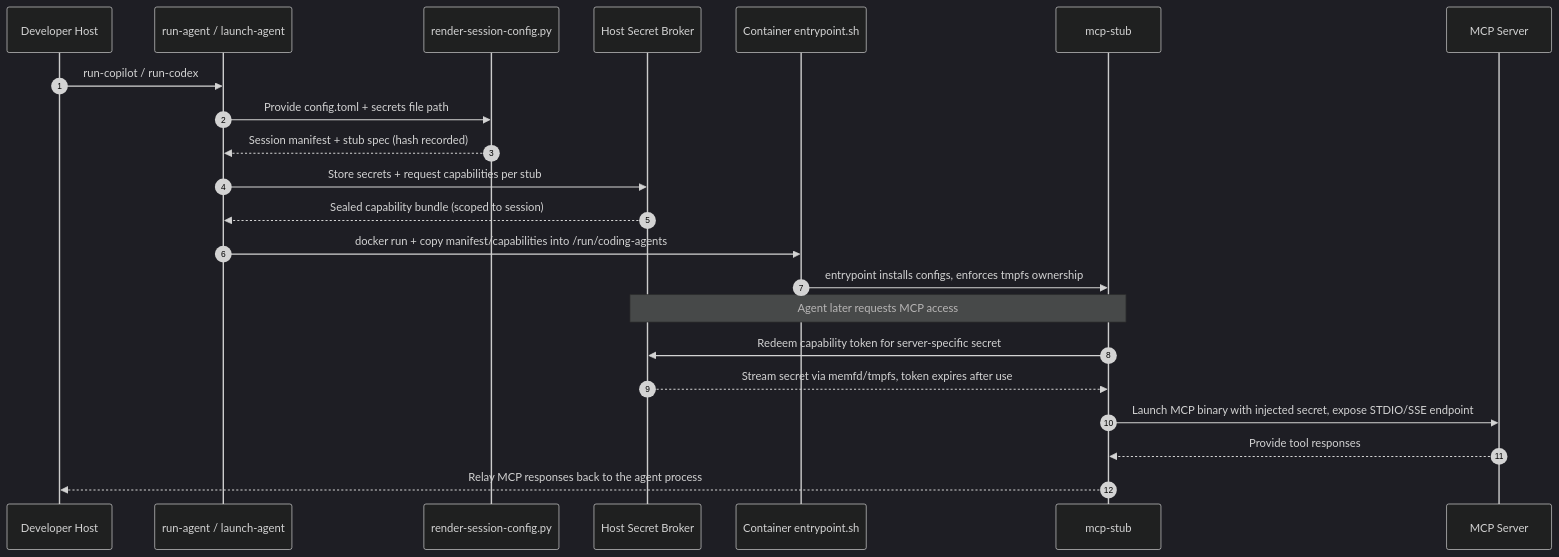
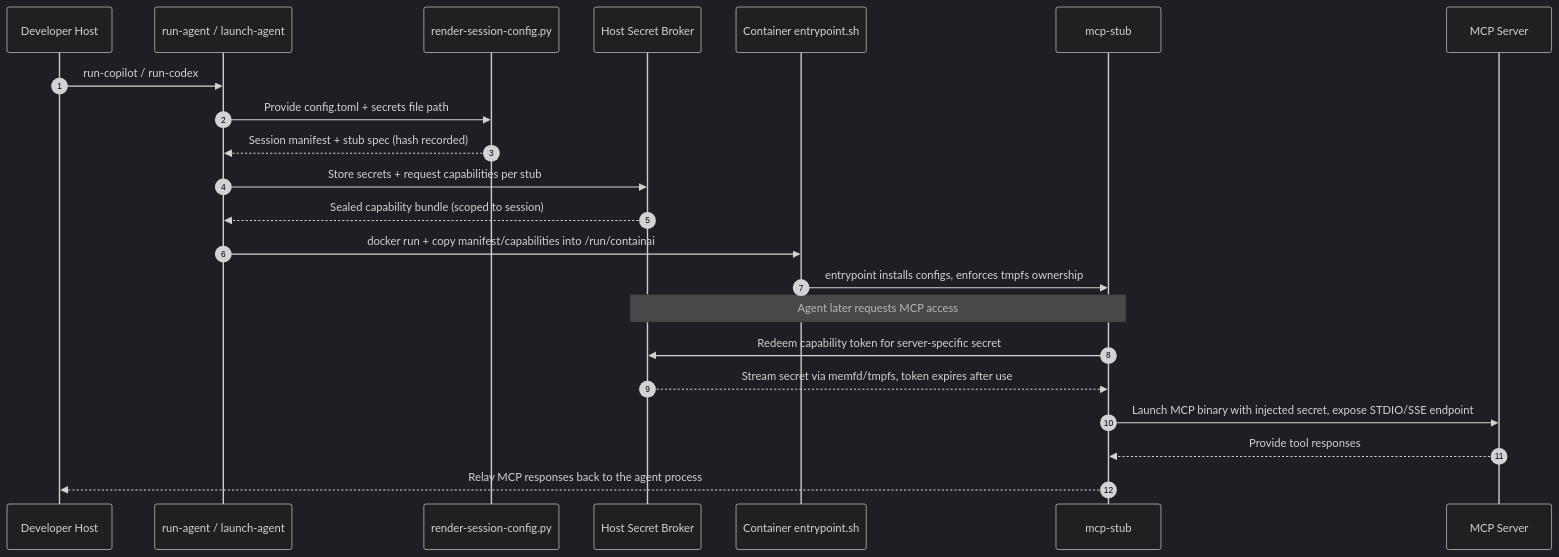
Before and after one commit to novotnyllc/ContainAI: the diagram in docs/mcp-setup.md, drawn with Mermaid (dark theme). The commit also changed other lines of this file and 109 other files, not shown here.

````diff
--- a/docs/mcp-setup.md
+++ b/docs/mcp-setup.md
@@ -83,25 +83,25 @@
 ```mermaid
 sequenceDiagram
    autonumber
    participant Dev as Developer Host
    participant Launch as run-agent / launch-agent
    participant Render as render-session-config.py
    participant Broker as Host Secret Broker
    participant Ctr as Container entrypoint.sh
    participant Stub as mcp-stub
    participant MCP as MCP Server
 
    Dev->>Launch: run-copilot / run-codex
    Launch->>Render: Provide config.toml + secrets file path
    Render-->>Launch: Session manifest + stub spec (hash recorded)
    Launch->>Broker: Store secrets + request capabilities per stub
    Broker-->>Launch: Sealed capability bundle (scoped to session)
-   Launch->>Ctr: docker run + copy manifest/capabilities into /run/coding-agents
+   Launch->>Ctr: docker run + copy manifest/capabilities into /run/containai
    Ctr->>Stub: entrypoint installs configs, enforces tmpfs ownership
    note over Stub,Broker: Agent later requests MCP access
    Stub->>Broker: Redeem capability token for server-specific secret
    Broker-->>Stub: Stream secret via memfd/tmpfs, token expires after use
    Stub->>MCP: Launch MCP binary with injected secret, expose STDIO/SSE endpoint
    MCP-->>Stub: Provide tool responses
    Stub-->>Dev: Relay MCP responses back to the agent process
 ```
````
